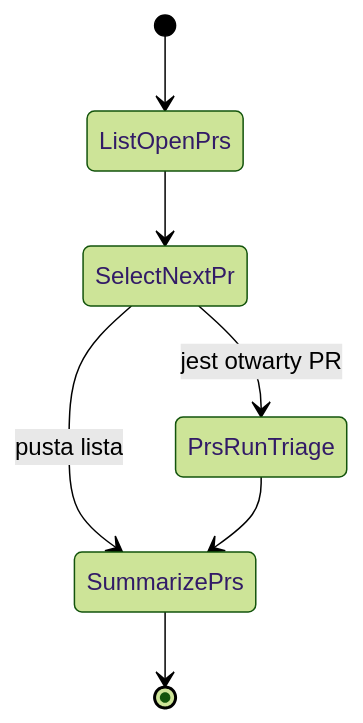
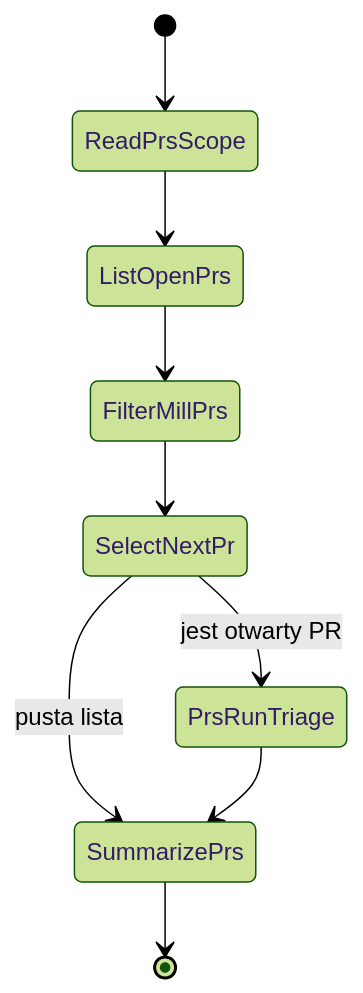
Before and after one commit to mikolaj92/lokay: diagram 25 of 41 in README.md, drawn with Mermaid (forest theme). The commit also changed other lines of this file and 12 other files, not shown here.

First line of the commit message:
split fat prs list into scope, list, and filter

````diff
--- a/README.md
+++ b/README.md
@@ -722,9 +722,11 @@
 ```mermaid
 stateDiagram-v2
-    [*] --> ListOpenPrs
-    ListOpenPrs --> SelectNextPr
+    [*] --> ReadPrsScope
+    ReadPrsScope --> ListOpenPrs
+    ListOpenPrs --> FilterMillPrs
+    FilterMillPrs --> SelectNextPr
     SelectNextPr --> PrsRunTriage: jest otwarty PR
     SelectNextPr --> SummarizePrs: pusta lista
     PrsRunTriage --> SummarizePrs
     SummarizePrs --> [*]
 ```
````
